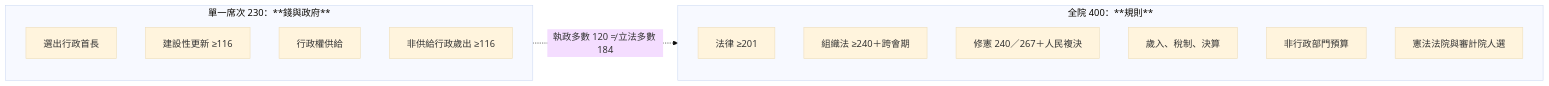
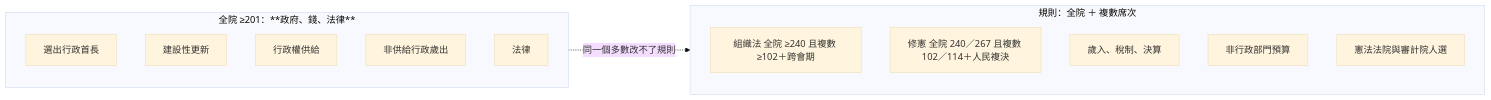
The fourth of 10 diagrams in topics/regime-designs/designs/法國/一院議會制/憲政架構圖.md (IRonROOT578/Political-Economy-Research-Public), drawn with Mermaid (base theme) before and after one commit. The commit also changed other lines of this file and 241 other files, not shown here.

````diff
--- a/topics/regime-designs/designs/法國/一院議會制/憲政架構圖.md
+++ b/topics/regime-designs/designs/法國/一院議會制/憲政架構圖.md
@@ -68,18 +68,18 @@
 ```mermaid
 flowchart LR
-  subgraph S[單一席次 230：**錢與政府**]
+  subgraph S[全院 ≥201：**政府、錢、法律**]
     A1[選出行政首長]
-    A2[建設性更新 ≥116]
+    A2[建設性更新]
     A3[行政權供給]
-    A4[非供給行政歲出 ≥116]
+    A4[非供給行政歲出]
+    B1[法律]
   end
-  subgraph P[全院 400：**規則**]
-    B1[法律 ≥201]
-    B2[組織法 ≥240＋跨會期]
-    B3[修憲 240／267＋人民複決]
+  subgraph P[規則：全院 ＋ 複數席次]
+    B2[組織法 全院 ≥240 且複數 ≥102＋跨會期]
+    B3[修憲 全院 240／267 且複數 102／114＋人民複決]
     B4[歲入、稅制、決算]
     B5[非行政部門預算]
     B6[憲法法院與審計院人選]
   end
-  S -.->|執政多數 120 ≠ 立法多數 184| P
+  S -.->|同一個多數改不了規則| P
 ```
````
